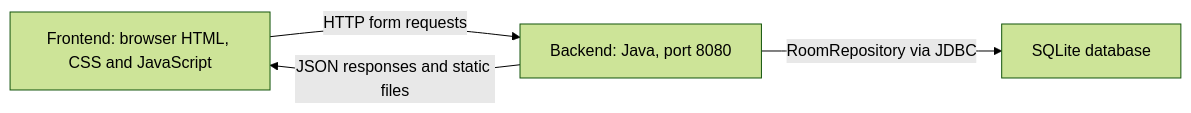
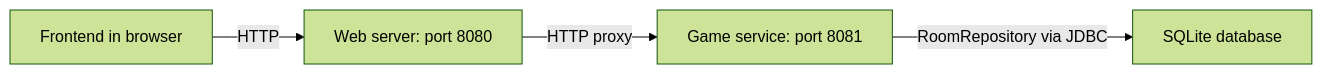
Before and after one commit to ikigachi/chess-software: the diagram in README.md, drawn with Mermaid (forest theme). The commit also changed other lines of this file and 30 other files, not shown here.

Commit message:
Extract game-service into an independently runnable module

````diff
--- a/README.md
+++ b/README.md
@@ -68,6 +80,6 @@
 ```mermaid
 flowchart LR
-    F["Frontend: browser HTML, CSS and JavaScript"] -->|"HTTP form requests"| B["Backend: Java, port 8080"]
-    B -->|"JSON responses and static files"| F
-    B -->|"RoomRepository via JDBC"| D["SQLite database"]
+    F["Frontend in browser"] -->|"HTTP"| W["Web server: port 8080"]
+    W -->|"HTTP proxy"| G["Game service: port 8081"]
+    G -->|"RoomRepository via JDBC"| D["SQLite database"]
 ```
````
